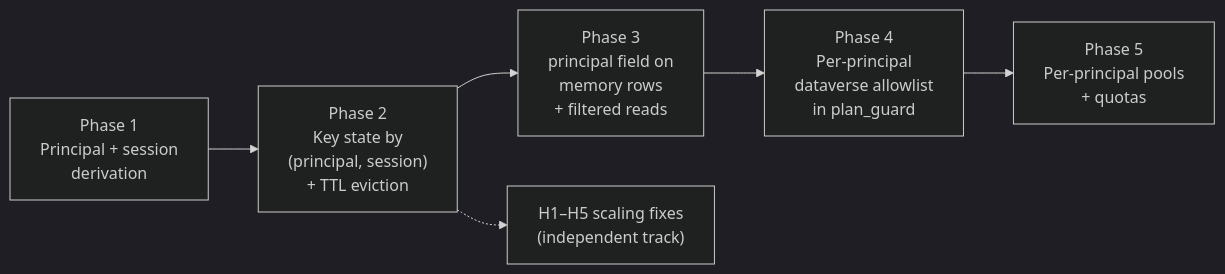
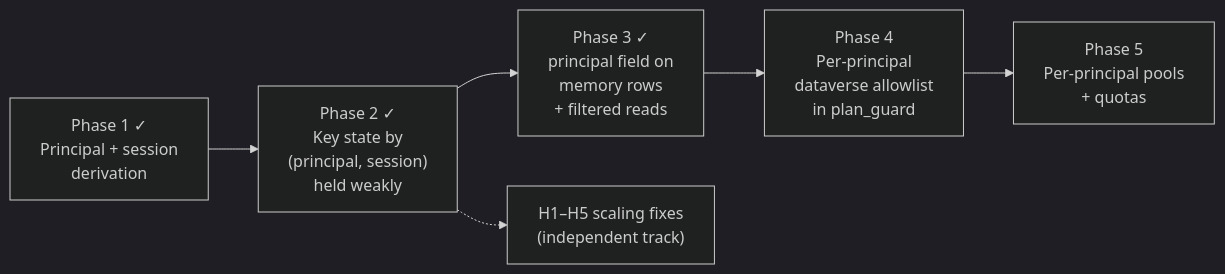
One commit to Vivek1106-04/asterixdb-mcp-server changed the sixth of 6 diagrams in docs/ARCHITECTURE_AND_MULTITENANCY.md. Above: the diagram before and after it, drawn with Mermaid (dark theme). The commit also changed other lines of this file and 1 other file, not shown here.

````diff
--- a/docs/ARCHITECTURE_AND_MULTITENANCY.md
+++ b/docs/ARCHITECTURE_AND_MULTITENANCY.md
@@ -430,8 +498,8 @@
 ```mermaid
 flowchart LR
-    P1["Phase 1<br/>Principal + session<br/>derivation"] --> P2["Phase 2<br/>Key state by<br/>(principal, session)<br/>+ TTL eviction"]
-    P2 --> P3["Phase 3<br/>principal field on<br/>memory rows<br/>+ filtered reads"]
+    P1["Phase 1 ✓<br/>Principal + session<br/>derivation"] --> P2["Phase 2 ✓<br/>Key state by<br/>(principal, session)<br/>held weakly"]
+    P2 --> P3["Phase 3 ✓<br/>principal field on<br/>memory rows<br/>+ filtered reads"]
     P3 --> P4["Phase 4<br/>Per-principal<br/>dataverse allowlist<br/>in plan_guard"]
     P4 --> P5["Phase 5<br/>Per-principal pools<br/>+ quotas"]
     P2 -.-> H["H1–H5 scaling fixes<br/>(independent track)"]
 ```
````
